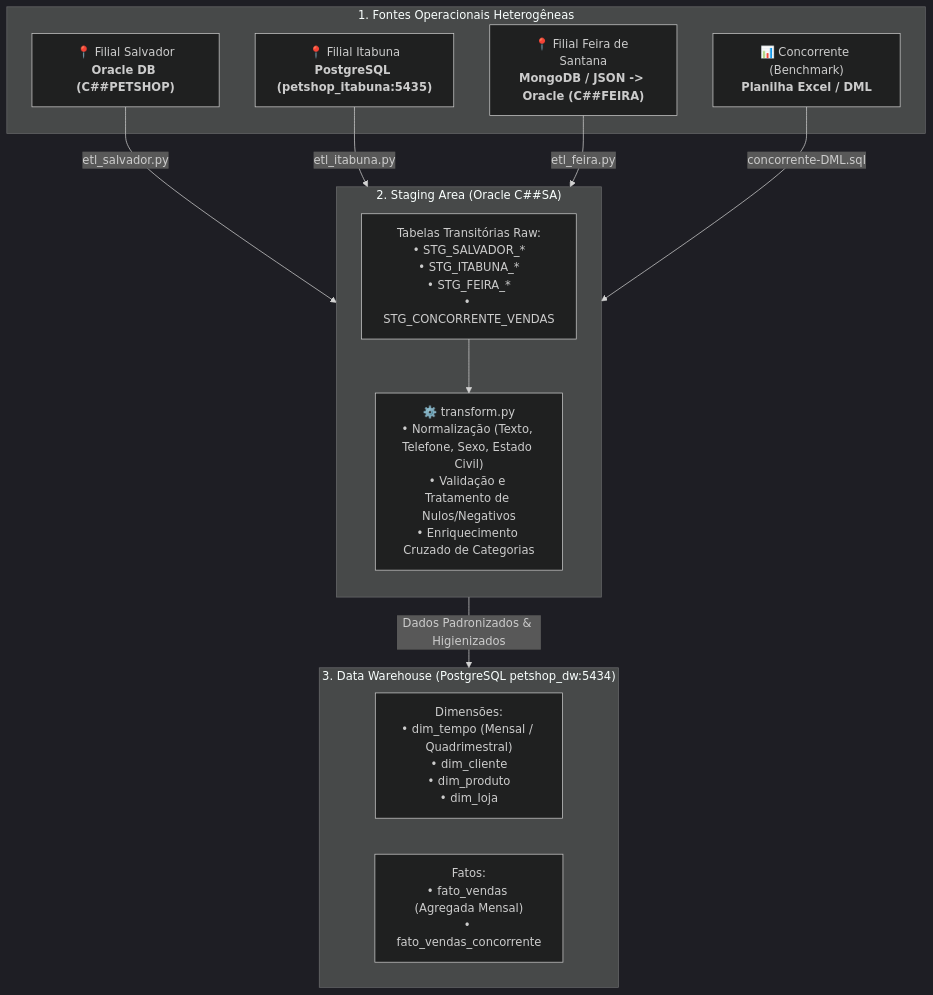
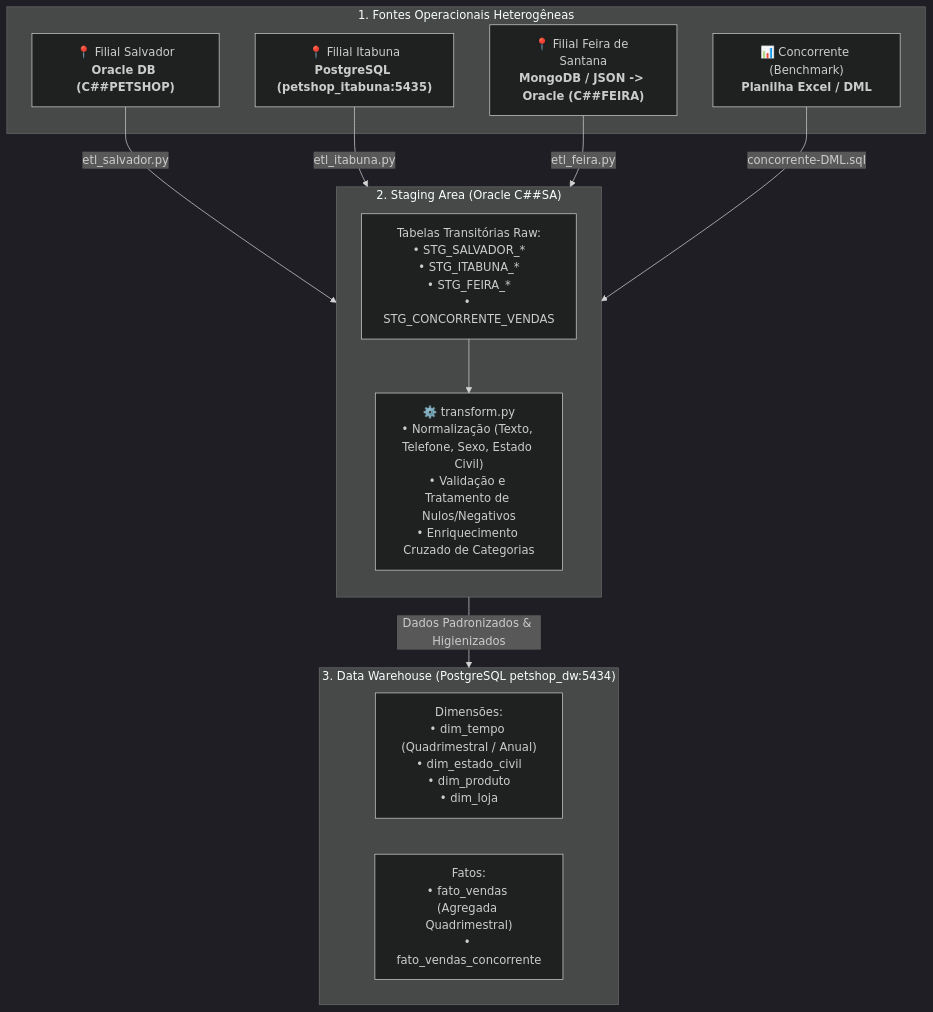
Before and after one commit to yanchagas04/mineracao-de-dados-U1: the diagram in README.md, drawn with Mermaid (dark theme). The commit also changed other lines of this file and 3 other files, not shown here.

````diff
--- a/README.md
+++ b/README.md
@@ -25,28 +25,28 @@
 ```mermaid
 flowchart TD
     subgraph SOURCELAYER ["1. Fontes Operacionais Heterogêneas"]
         S1["📍 Filial Salvador<br><b>Oracle DB (C##PETSHOP)</b>"]
         S2["📍 Filial Itabuna<br><b>PostgreSQL (petshop_itabuna:5435)</b>"]
         S3["📍 Filial Feira de Santana<br><b>MongoDB / JSON -> Oracle (C##FEIRA)</b>"]
         S4["📊 Concorrente (Benchmark)<br><b>Planilha Excel / DML</b>"]
     end
 
     subgraph STAGING ["2. Staging Area (Oracle C##SA)"]
         direction TB
         STG_TAB["Tabelas Transitórias Raw:<br>• STG_SALVADOR_*<br>• STG_ITABUNA_*<br>• STG_FEIRA_*<br>• STG_CONCORRENTE_VENDAS"]
         TRANSFORM["⚙️ transform.py<br>• Normalização (Texto, Telefone, Sexo, Estado Civil)<br>• Validação e Tratamento de Nulos/Negativos<br>• Enriquecimento Cruzado de Categorias"]
     end
 
     subgraph DW ["3. Data Warehouse (PostgreSQL petshop_dw:5434)"]
-        DIM["Dimensões:<br>• dim_tempo (Mensal / Quadrimestral)<br>• dim_cliente<br>• dim_produto<br>• dim_loja"]
-        FATO["Fatos:<br>• fato_vendas (Agregada Mensal)<br>• fato_vendas_concorrente"]
+        DIM["Dimensões:<br>• dim_tempo (Quadrimestral / Anual)<br>• dim_estado_civil<br>• dim_produto<br>• dim_loja"]
+        FATO["Fatos:<br>• fato_vendas (Agregada Quadrimestral)<br>• fato_vendas_concorrente"]
     end
 
     S1 -->|etl_salvador.py| STG_TAB
     S2 -->|etl_itabuna.py| STG_TAB
     S3 -->|etl_feira.py| STG_TAB
     S4 -->|concorrente-DML.sql| STG_TAB
 
     STG_TAB --> TRANSFORM
     TRANSFORM -->|Dados Padronizados & Higienizados| DW
 ```
````
